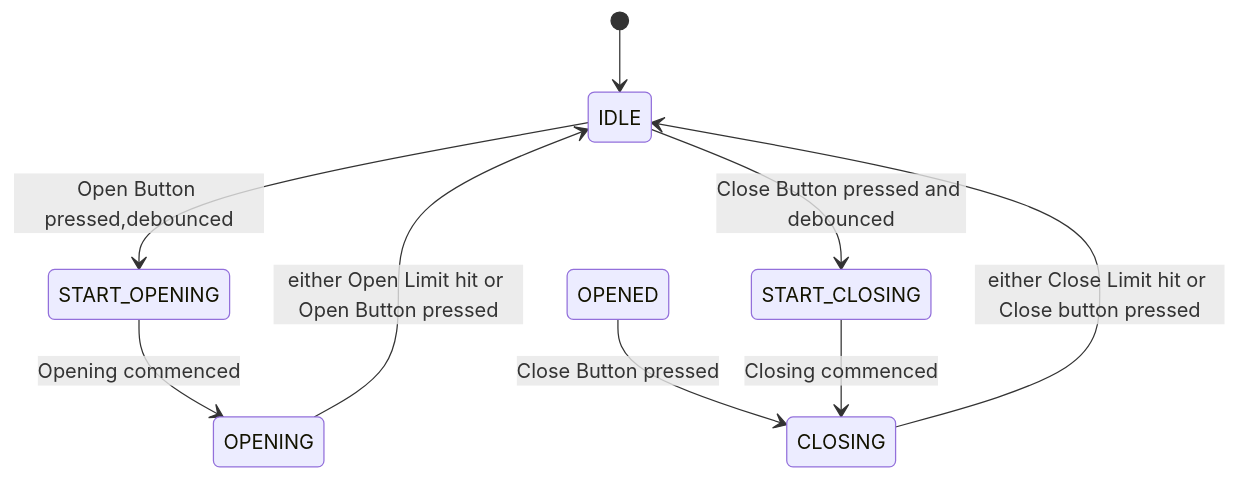
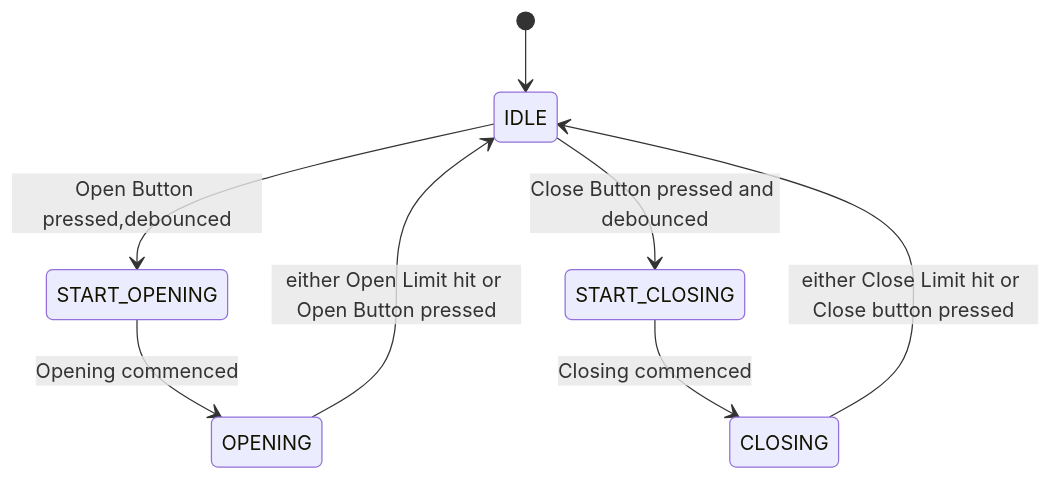
Before and after one commit to microcontrollersig/workshop: the diagram in john/README.md, drawn with Mermaid.

````diff
--- a/john/README.md
+++ b/john/README.md
@@ -6,14 +6,13 @@
 ```mermaid
 stateDiagram-v2
     direction TB
     [*] --> IDLE
     IDLE --> START_OPENING: Open Button pressed,debounced
     IDLE --> START_CLOSING: Close Button pressed and debounced
     CLOSING --> IDLE: either Close Limit hit or Close button pressed
     OPENING --> IDLE: either Open Limit hit or Open Button pressed
-    OPENED --> CLOSING: Close Button pressed
 START_OPENING --> OPENING: Opening commenced
     
       START_CLOSING --> CLOSING: Closing commenced
   
 ```
````
